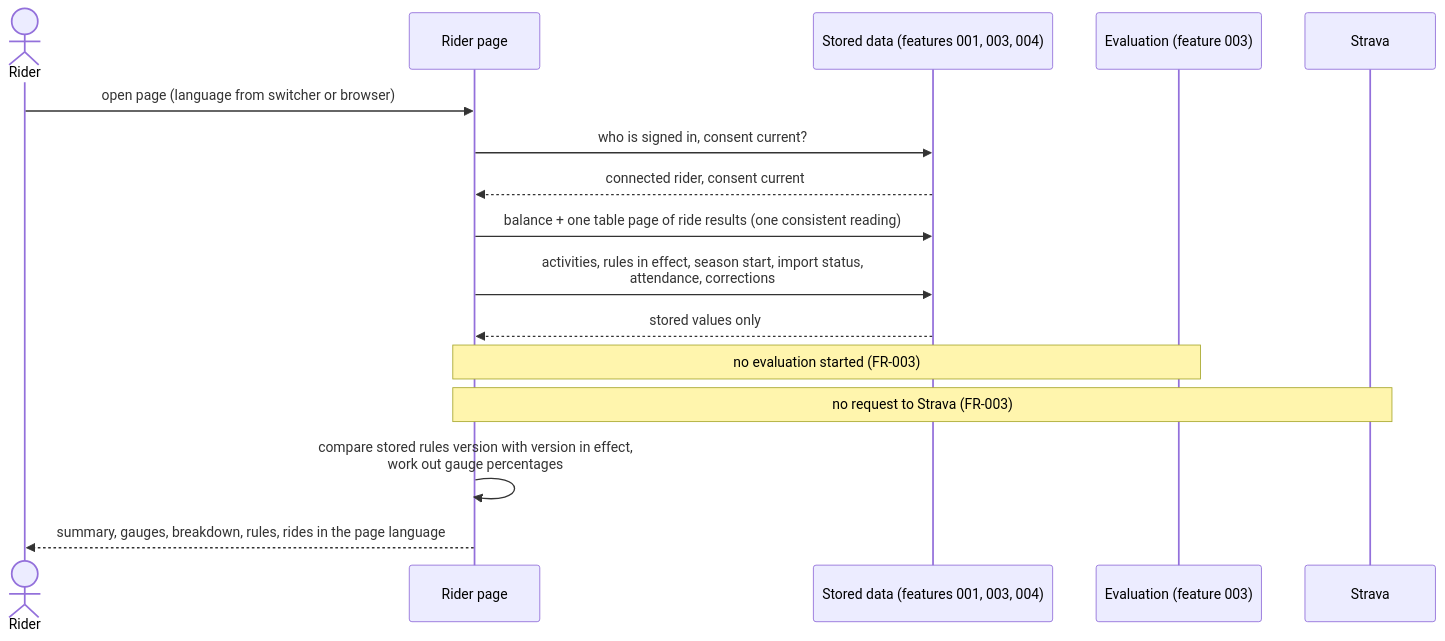
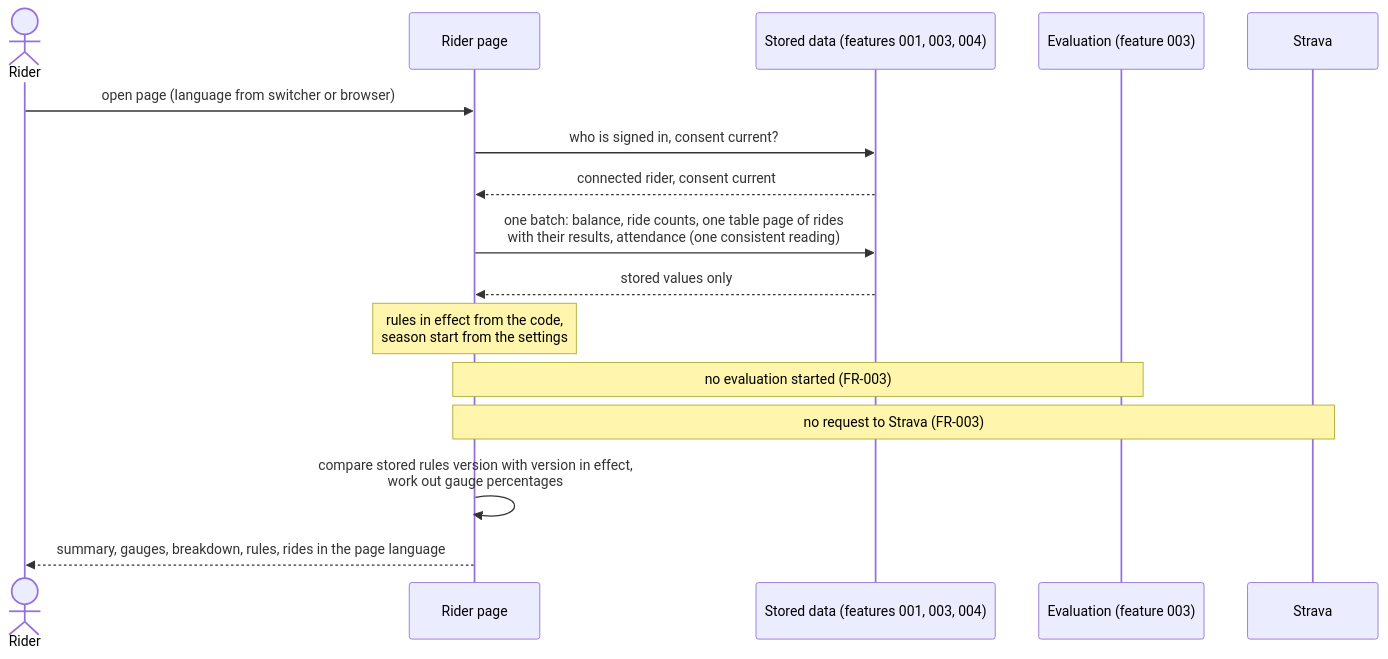
Diagram 15 of 18 in specs/005-rider-view/spec.md (SaSteffen/RynkePoints), drawn with Mermaid before and after one commit. The commit also changed other lines of this file and 2 other files, not shown here.

Commit message:
docs: check rider view diagrams against the build

````diff
--- a/specs/005-rider-view/spec.md
+++ b/specs/005-rider-view/spec.md
@@ -1073,19 +1082,19 @@
 ```mermaid
 sequenceDiagram
     actor R as Rider
     participant P as Rider page
     participant S as Stored data (features 001, 003, 004)
     participant E as Evaluation (feature 003)
     participant ST as Strava
 
     R->>P: open page (language from switcher or browser)
     P->>S: who is signed in, consent current?
     S-->>P: connected rider, consent current
-    P->>S: balance + one table page of ride results (one consistent reading)
-    P->>S: activities, rules in effect, season start, import status,<br/>attendance, corrections
+    P->>S: one batch: balance, ride counts, one table page of rides<br/>with their results, attendance (one consistent reading)
     S-->>P: stored values only
+    Note over P: rules in effect from the code,<br/>season start from the settings
     Note over P,E: no evaluation started (FR-003)
     Note over P,ST: no request to Strava (FR-003)
     P->>P: compare stored rules version with version in effect,<br/>work out gauge percentages
     P-->>R: summary, gauges, breakdown, rules, rides in the page language
 ```
````
